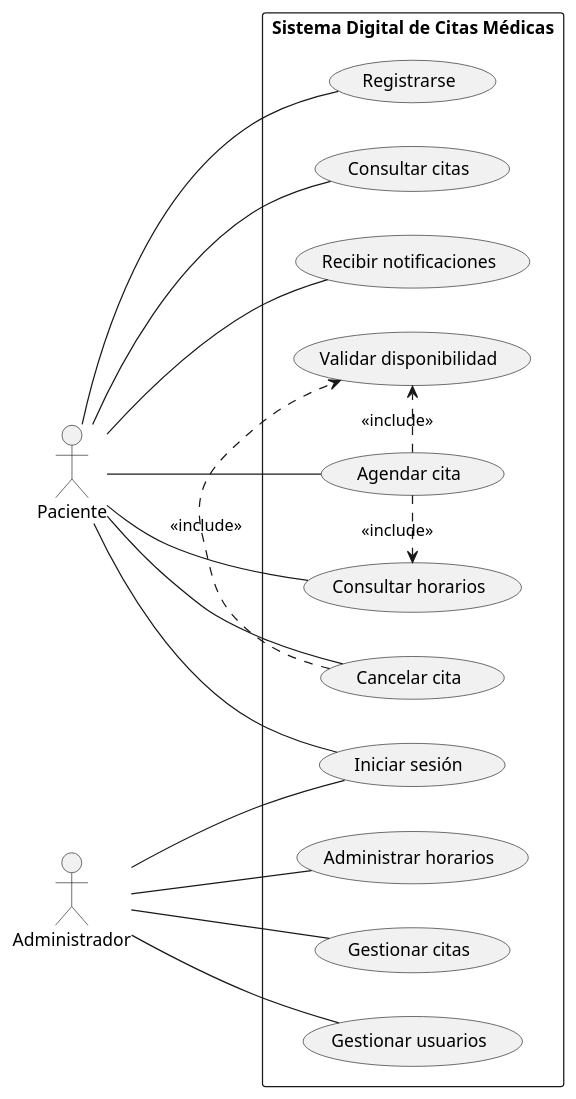
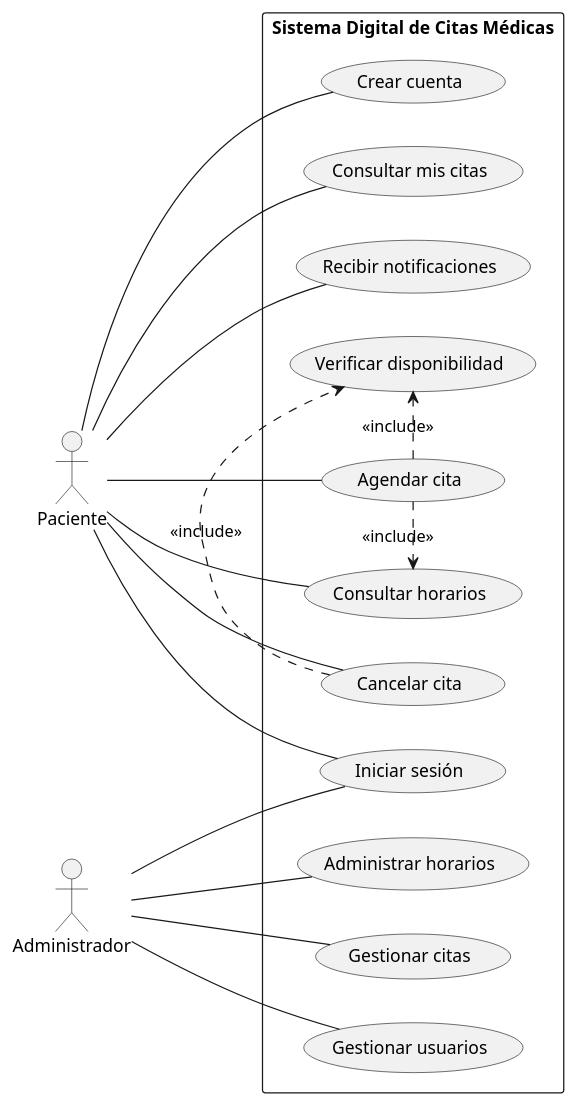
One commit to AlanRGG/sistema-citas-medicas changed the diagram in docs/uml/01-casos-de-uso.puml. Above: the diagram before and after it, drawn with PlantUML.

Commit message:
docs: traducir diagrama de casos de uso al español

```diff
--- a/docs/uml/01-casos-de-uso.puml
+++ b/docs/uml/01-casos-de-uso.puml
@@ -1,34 +1,34 @@
 @startuml
 left to right direction
 skinparam packageStyle rectangle
-actor Paciente
-actor Administrador
+actor "Paciente" as Paciente
+actor "Administrador" as Administrador
 
 rectangle "Sistema Digital de Citas Médicas" {
-  usecase "Registrarse" as UC1
+  usecase "Crear cuenta" as UC1
   usecase "Iniciar sesión" as UC2
   usecase "Consultar horarios" as UC3
   usecase "Agendar cita" as UC4
-  usecase "Consultar citas" as UC5
+  usecase "Consultar mis citas" as UC5
   usecase "Cancelar cita" as UC6
   usecase "Recibir notificaciones" as UC7
   usecase "Administrar horarios" as UC8
   usecase "Gestionar citas" as UC9
   usecase "Gestionar usuarios" as UC10
-  usecase "Validar disponibilidad" as UC11
+  usecase "Verificar disponibilidad" as UC11
 }
 Paciente -- UC1
 Paciente -- UC2
 Paciente -- UC3
 Paciente -- UC4
 Paciente -- UC5
 Paciente -- UC6
 Paciente -- UC7
 Administrador -- UC2
 Administrador -- UC8
 Administrador -- UC9
 Administrador -- UC10
 UC4 .> UC3 : <<include>>
 UC4 .> UC11 : <<include>>
 UC6 .> UC11 : <<include>>
 @enduml
```
